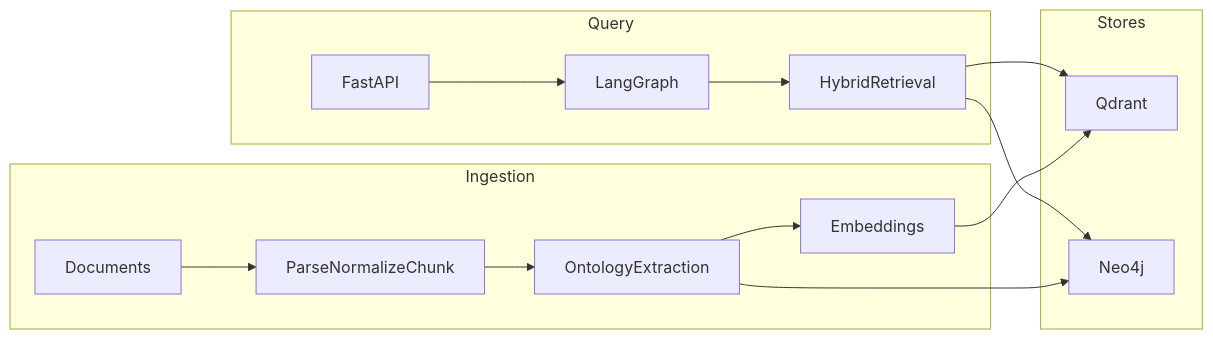
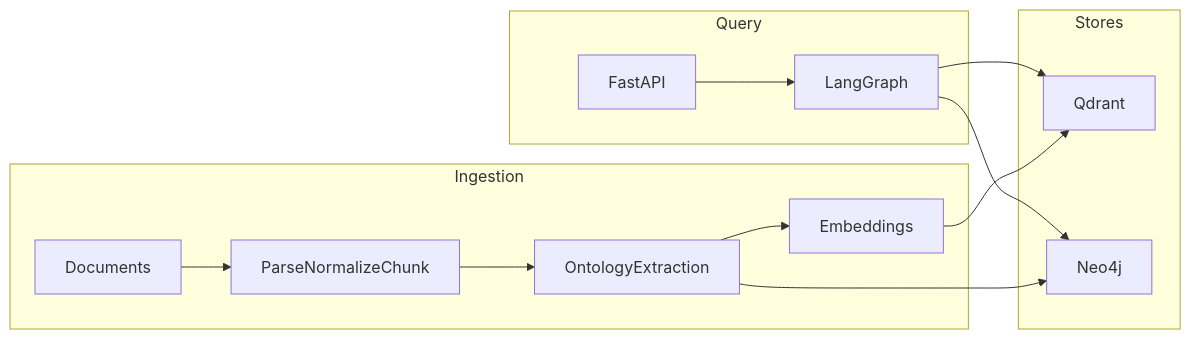
The diagram in docs/architecture.md (Lucimad007/graphrag-hormozi-business), drawn with Mermaid before and after one commit. The commit also changed other lines of this file and 2 other files, not shown here.

Commit message:
docs: polish readme and architecture

````diff
--- a/docs/architecture.md
+++ b/docs/architecture.md
@@ -33,24 +27,23 @@
 ```mermaid
 flowchart LR
   subgraph ingest [Ingestion]
     docs[Documents]
     parse[ParseNormalizeChunk]
     extract[OntologyExtraction]
     embed[Embeddings]
     docs --> parse --> extract --> embed
   end
   subgraph stores [Stores]
     qdrant[Qdrant]
     neo4j[Neo4j]
   end
   subgraph query [Query]
     api[FastAPI]
     lg[LangGraph]
-    hybrid[HybridRetrieval]
-    api --> lg --> hybrid
-    hybrid --> qdrant
-    hybrid --> neo4j
+    api --> lg
+    lg --> qdrant
+    lg --> neo4j
   end
   embed --> qdrant
   extract --> neo4j
 ```
````
